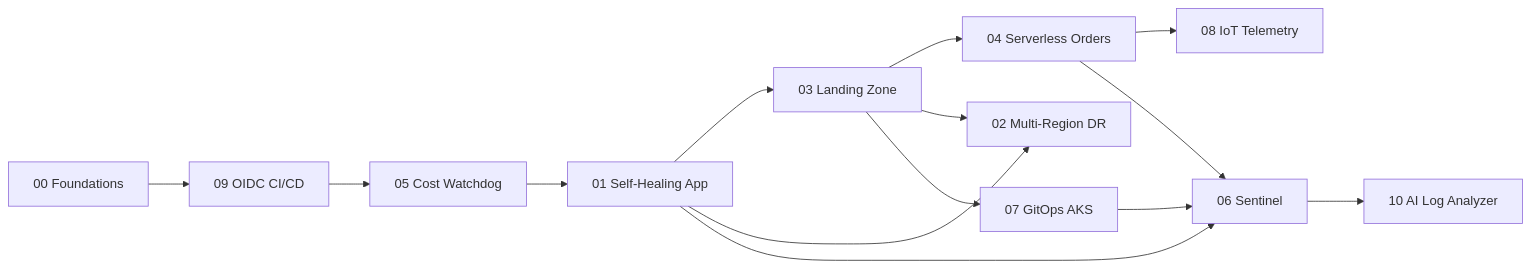
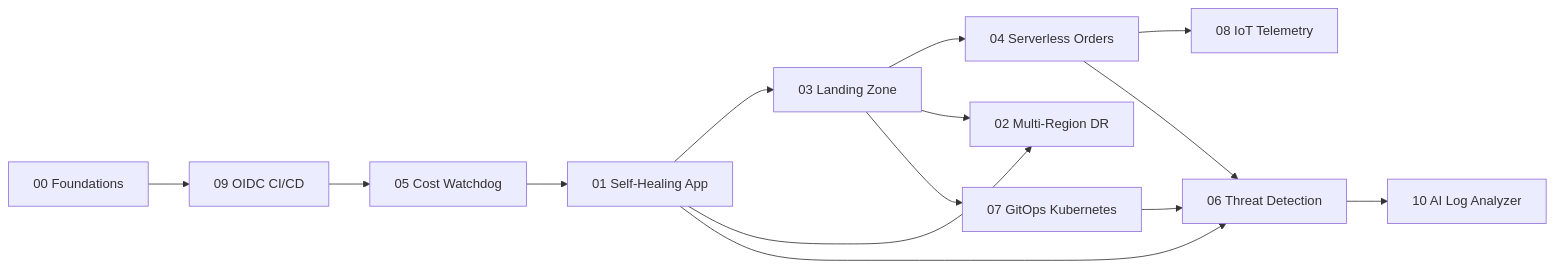
Before and after one commit to Jaival/aws-projects: the diagram in ROADMAP.md, drawn with Mermaid. The commit also changed other lines of this file and 15 other files, not shown here.

````diff
--- a/ROADMAP.md
+++ b/ROADMAP.md
@@ -29,14 +64,14 @@
 ```mermaid
 flowchart LR
     F[00 Foundations] --> P9[09 OIDC CI/CD]
     P9 --> P5[05 Cost Watchdog]
     P5 --> P1[01 Self-Healing App]
     P1 --> P3[03 Landing Zone]
     P3 --> P4[04 Serverless Orders]
     P4 --> P8[08 IoT Telemetry]
     P1 --> P2[02 Multi-Region DR]
     P3 --> P2
-    P3 --> P7[07 GitOps AKS]
-    P1 & P4 & P7 --> P6[06 Sentinel]
+    P3 --> P7[07 GitOps Kubernetes]
+    P1 & P4 & P7 --> P6[06 Threat Detection]
     P6 --> P10[10 AI Log Analyzer]
 ```
````
